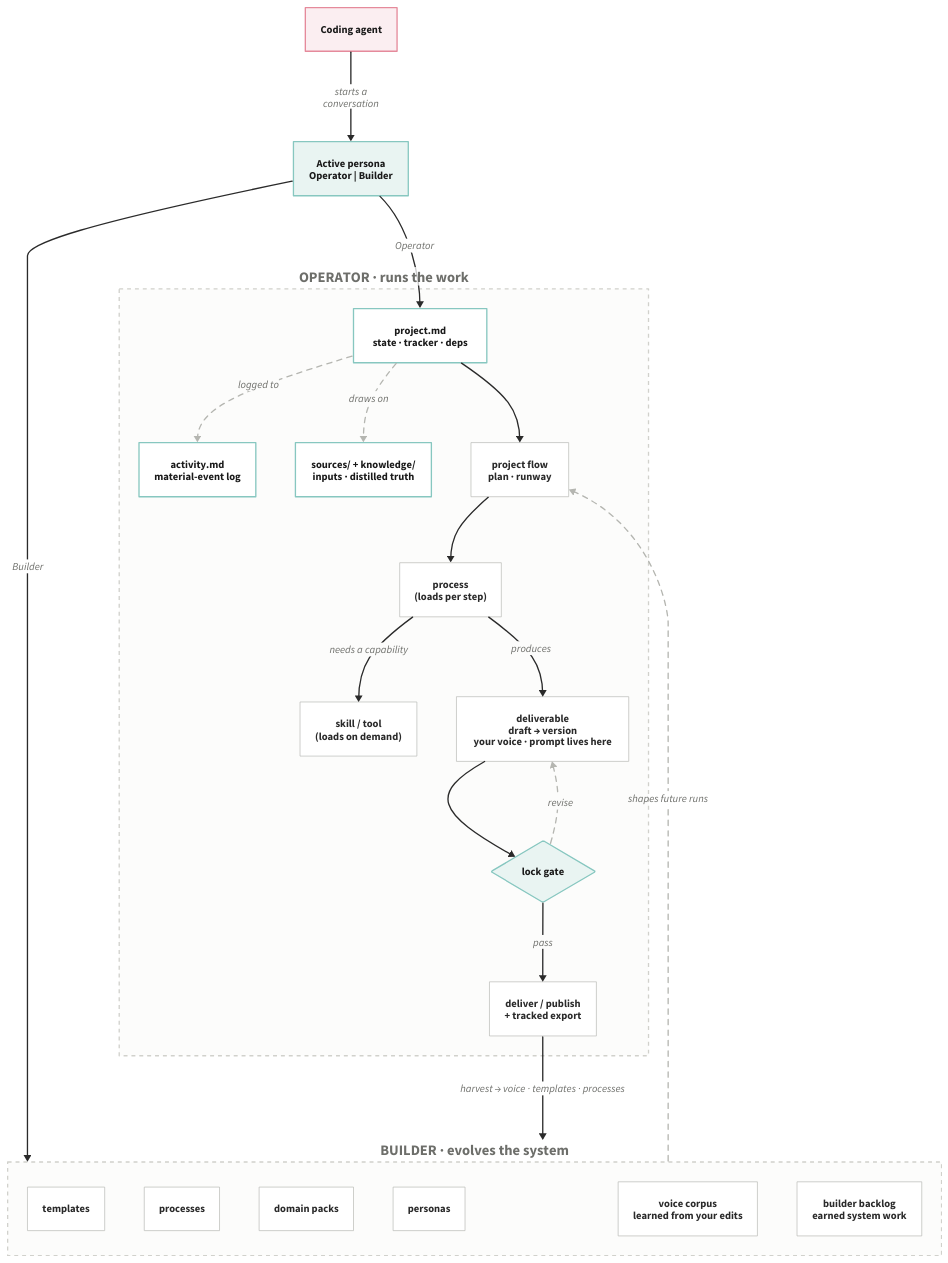
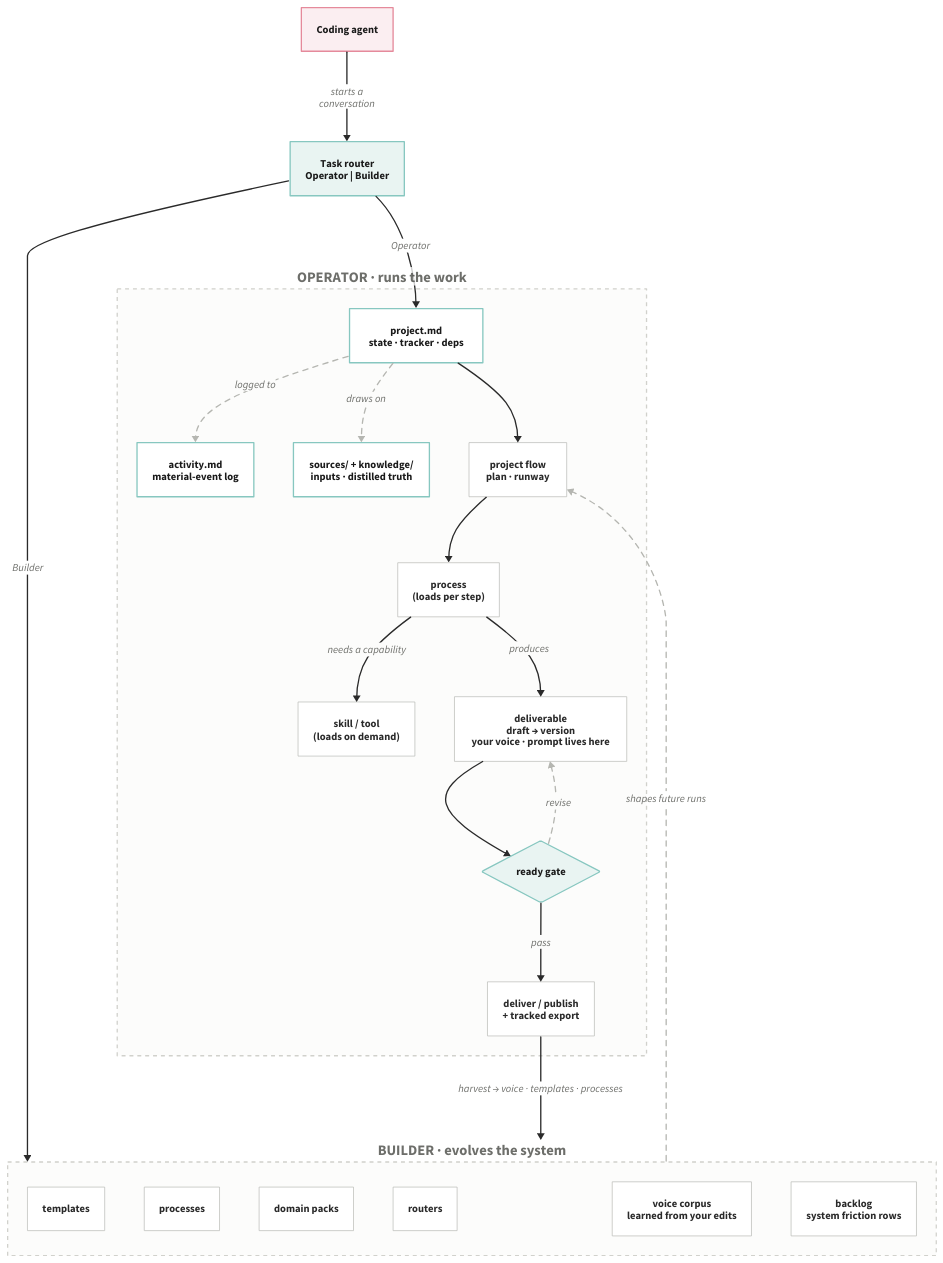
Before and after one commit to situhacks/agentframe: the diagram in .github/readme-assets/architecture-flow.d2, drawn with D2. The commit also changed 19501 other files, not shown here.

```diff
--- a/.github/readme-assets/architecture-flow.d2
+++ b/.github/readme-assets/architecture-flow.d2
@@ -1,70 +1,70 @@
 # AgentFrame architecture flow — the whole system at a glance.
 # Top level flows left→right as zones; the Operator zone folds DOWNWARD inside
 # its column so the long run doesn't stretch into a ribbon.
 # Palette: Agent Architecture POV design language.
 #   teal #87c7c0 = system / structure   pink #e58a9b = entry / human moment
 #   ink #1a1a1a = type   white canvas   grey accents only   NO blue
 
 direction: down
 
 classes: {
   entry:   { style: { fill: "#fbeef1"; stroke: "#e58a9b"; font-color: "#1a1a1a"; bold: true; stroke-width: 2 } }
   persona: { style: { fill: "#e9f4f2"; stroke: "#87c7c0"; font-color: "#1a1a1a"; bold: true; stroke-width: 2 } }
   node:    { style: { fill: "#ffffff"; stroke: "#b5b6b1"; font-color: "#2a2a2a"; stroke-width: 1 } }
   state:   { style: { fill: "#ffffff"; stroke: "#87c7c0"; font-color: "#1a1a1a"; stroke-width: 2 } }
   gate:    { shape: diamond; style: { fill: "#e9f4f2"; stroke: "#87c7c0"; font-color: "#1a1a1a"; bold: true } }
   reader:  { style: { fill: "#f0f0f0"; stroke: "#b5b6b1"; font-color: "#6d6e6a"; italic: true } }
   grp:     { style: { fill: "#fcfcfb"; stroke: "#d1d1cc"; font-color: "#6d6e6a"; stroke-dash: 3; bold: true; font-size: 22 } }
   link:    { style: { stroke: "#2a2a2a"; font-color: "#6d6e6a" } }
   soft:    { style: { stroke: "#b5b6b1"; font-color: "#6d6e6a"; stroke-dash: 4 } }
 }
 
 # ---- entry column ----
 agent: Coding agent { class: entry }
-persona: "Active persona\nOperator | Builder" { class: persona }
+persona: "Task router\nOperator | Builder" { class: persona }
 agent -> persona: starts a\nconversation { class: link }
 
 # ---- OPERATOR zone (folds downward) ----
 operator: "OPERATOR  ·  runs the work" {
   class: grp
   direction: down
 
   project: "project.md\nstate · tracker · deps" { class: state }
   activity: "activity.md\nmaterial-event log" { class: state }
   substrate: "sources/ + knowledge/\ninputs · distilled truth" { class: state }
   plan: "project flow\nplan · runway" { class: node }
   process: "process\n(loads per step)" { class: node }
   skill: "skill / tool\n(loads on demand)" { class: node }
   draft: "deliverable\ndraft → version\nyour voice · prompt lives here" { class: node }
-  lock: lock gate { class: gate }
+  lock: ready gate { class: gate }
   deliver: "deliver / publish\n+ tracked export" { class: node }
 
   project -> activity: logged to { class: soft }
   project -> substrate: draws on { class: soft }
   project -> plan: { class: link }
   plan -> process: { class: link }
   process -> skill: needs a capability { class: link }
   process -> draft: produces { class: link }
   draft -> lock: { class: link }
   lock -> deliver: pass { class: link }
   lock -> draft: revise { class: soft }
 }
 
 # ---- BUILDER zone (folds downward) ----
 builder: "BUILDER  ·  evolves the system" {
   class: grp
   direction: down
   templates: templates { class: node }
   processes: processes { class: node }
   packs: "domain packs" { class: node }
-  personas: personas { class: node }
+  personas: routers { class: node }
   voice: "voice corpus\nlearned from your edits" { class: node }
-  backlog: "builder backlog\nearned system work" { class: node }
+  backlog: "backlog\nsystem friction rows" { class: node }
 }
 
 # ---- cross-zone wiring (kept minimal) ----
 persona -> operator.project: Operator { class: link }
 persona -> builder: Builder { class: link }
 
 operator.deliver -> builder: "harvest → voice · templates · processes" { class: link }
 builder -> operator.plan: shapes future runs { class: soft }
```
